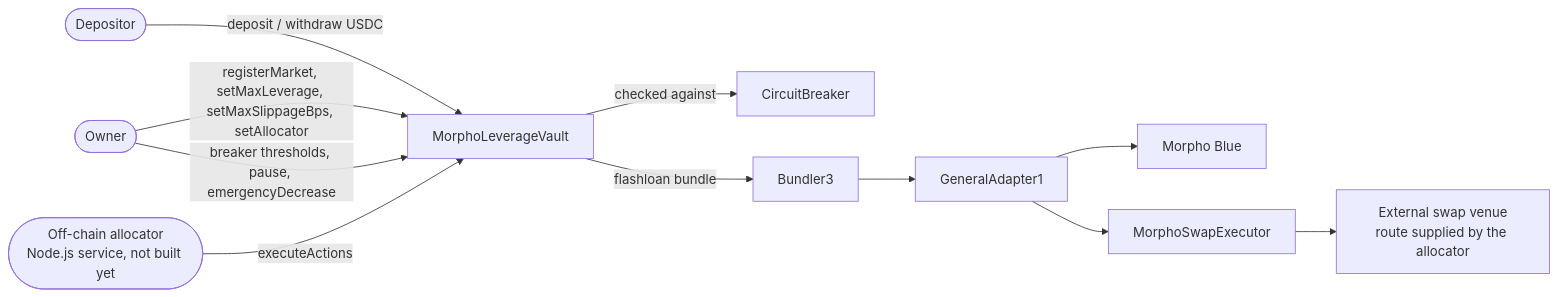
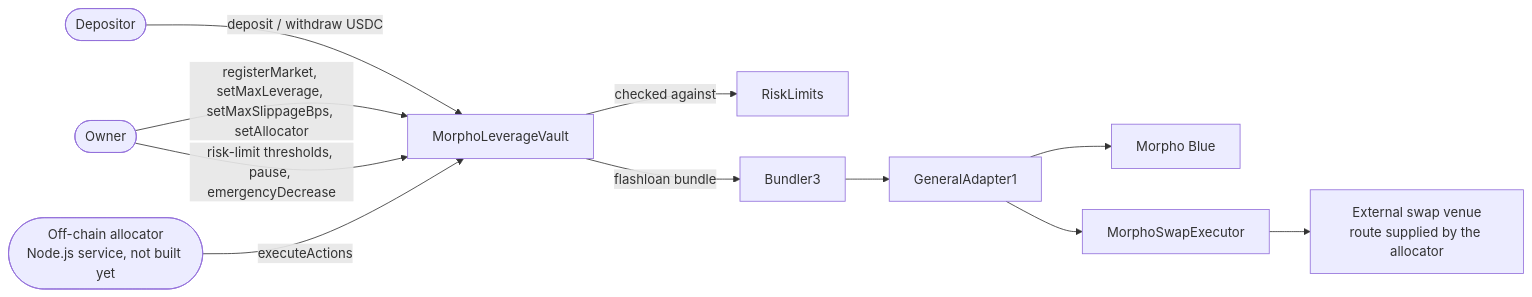
One commit to pieakshat/Morpho-Controller changed the second of 5 diagrams in README.md. Above: the diagram before and after it, drawn with Mermaid. The commit also changed other lines of this file and 16 other files, not shown here.

Commit message:
refactor: rename CircuitBreaker to RiskLimits, since it never self-trips and never blocks the decrease path

````diff
--- a/README.md
+++ b/README.md
@@ -47,13 +47,13 @@
 ```mermaid
 flowchart LR
     Depositor(["Depositor"]) -->|deposit / withdraw USDC| Vault["MorphoLeverageVault"]
     Owner(["Owner"]) -->|registerMarket, setMaxLeverage, setMaxSlippageBps, setAllocator| Vault
-    Owner -->|breaker thresholds, pause, emergencyDecrease| Vault
+    Owner -->|risk-limit thresholds, pause, emergencyDecrease| Vault
     Allocator(["Off-chain allocator<br/>Node.js service, not built yet"]) -->|executeActions| Vault
-    Vault -->|checked against| Breaker["CircuitBreaker"]
+    Vault -->|checked against| Limits["RiskLimits"]
     Vault -->|flashloan bundle| Bundler3["Bundler3"]
     Bundler3 --> GeneralAdapter1
     GeneralAdapter1 --> MorphoBlue["Morpho Blue"]
     GeneralAdapter1 --> SwapExecutor["MorphoSwapExecutor"]
     SwapExecutor --> SwapVenue["External swap venue<br/>route supplied by the allocator"]
 ```
````
